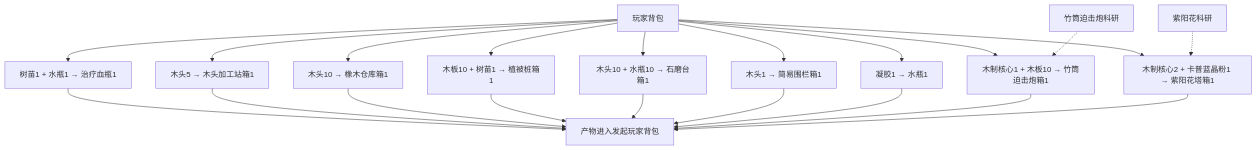
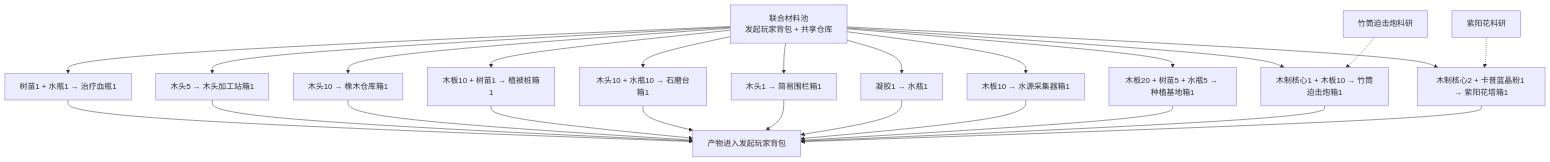
Before and after one commit to wanheng20031114/arc-nice: the fourth of 9 diagrams in reports/tower_defense_production_flow.md, drawn with Mermaid. The commit also changed other lines of this file and 21 other files, not shown here.

````diff
--- a/reports/tower_defense_production_flow.md
+++ b/reports/tower_defense_production_flow.md
@@ -108,25 +109,29 @@
 ```mermaid
 flowchart TD
-    P["玩家背包"]
-    P --> R1["树苗1 + 水瓶1 → 治疗血瓶1"]
-    P --> R2["木头5 → 木头加工站箱1"]
-    P --> R3["木头10 → 橡木仓库箱1"]
-    P --> R4["木板10 + 树苗1 → 植被桩箱1"]
-    P --> R5["木头10 + 水瓶10 → 石磨台箱1"]
-    P --> R6["木头1 → 简易围栏箱1"]
-    P --> R7["凝胶1 → 水瓶1"]
-    P --> R8["木制核心1 + 木板10 → 竹筒迫击炮箱1"]
-    P --> R9["木制核心2 + 卡普蓝晶粉1 → 紫阳花塔箱1"]
+    Pool["联合材料池<br/>发起玩家背包 + 共享仓库"]
+    Pool --> R1["树苗1 + 水瓶1 → 治疗血瓶1"]
+    Pool --> R2["木头5 → 木头加工站箱1"]
+    Pool --> R3["木头10 → 橡木仓库箱1"]
+    Pool --> R4["木板10 + 树苗1 → 植被桩箱1"]
+    Pool --> R5["木头10 + 水瓶10 → 石磨台箱1"]
+    Pool --> R6["木头1 → 简易围栏箱1"]
+    Pool --> R7["凝胶1 → 水瓶1"]
+    Pool --> R8["木板10 → 水源采集器箱1"]
+    Pool --> R9["木板20 + 树苗5 + 水瓶5 → 种植基地箱1"]
+    Pool --> R10["木制核心1 + 木板10 → 竹筒迫击炮箱1"]
+    Pool --> R11["木制核心2 + 卡普蓝晶粉1 → 紫阳花塔箱1"]
 
-    Q1["竹筒迫击炮科研"] -.-> R8
-    Q2["紫阳花科研"] -.-> R9
+    Q1["竹筒迫击炮科研"] -.-> R10
+    Q2["紫阳花科研"] -.-> R11
     R1 --> Out["产物进入发起玩家背包"]
     R2 --> Out
     R3 --> Out
     R4 --> Out
     R5 --> Out
     R6 --> Out
     R7 --> Out
     R8 --> Out
     R9 --> Out
+    R10 --> Out
+    R11 --> Out
 ```
````
